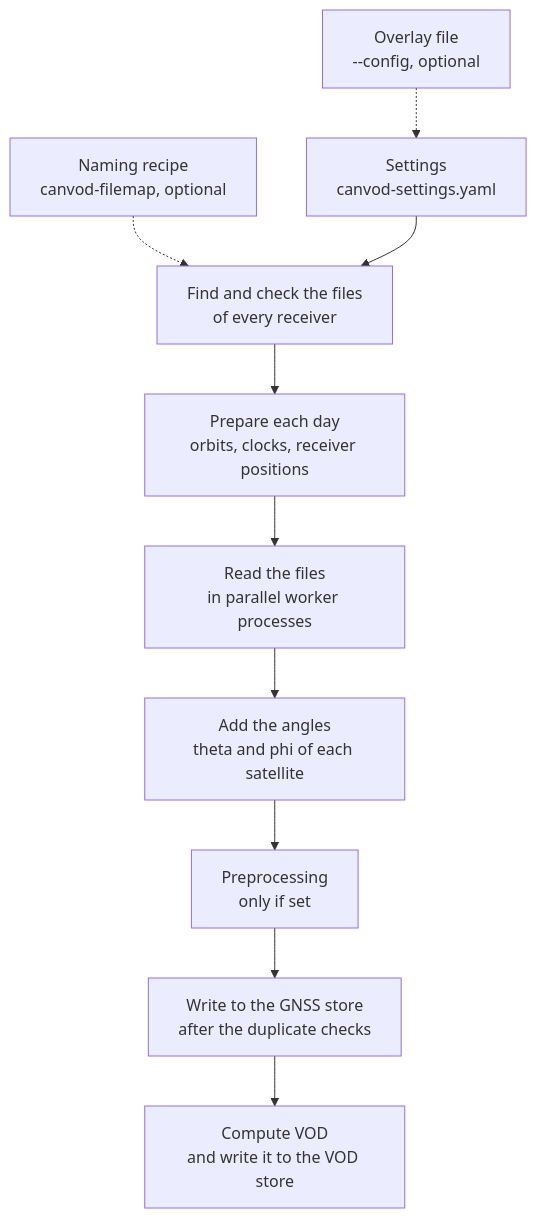
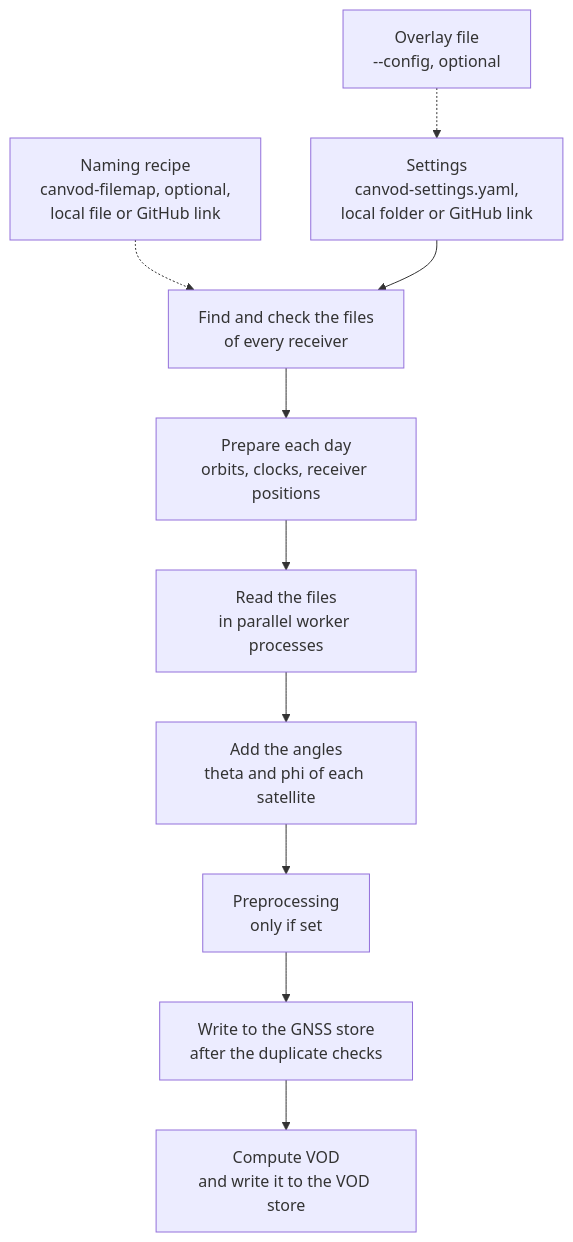
The second of 2 diagrams in docs/architecture.md (TUW-GEO/canvodpy), drawn with Mermaid before and after one commit. The commit also changed 31 other files, not shown here.

First line of the commit message:
feat(config)!: fetch settings and recipes from a link in every run, record no URL

````diff
--- a/docs/architecture.md
+++ b/docs/architecture.md
@@ -116,13 +116,13 @@
 ```mermaid
 flowchart TD
     OVERLAY["Overlay file<br/>--config, optional"] -.-> SETTINGS
-    RECIPE["Naming recipe<br/>canvod-filemap, optional"] -.-> FIND
-    SETTINGS["Settings<br/>canvod-settings.yaml"] --> FIND
+    RECIPE["Naming recipe<br/>canvod-filemap, optional,<br/>local file or GitHub link"] -.-> FIND
+    SETTINGS["Settings<br/>canvod-settings.yaml,<br/>local folder or GitHub link"] --> FIND
     FIND["Find and check the files<br/>of every receiver"] --> PREP
     PREP["Prepare each day<br/>orbits, clocks, receiver positions"] --> READ
     READ["Read the files<br/>in parallel worker processes"] --> ANGLES
     ANGLES["Add the angles<br/>theta and phi of each satellite"] --> PRE
     PRE["Preprocessing<br/>only if set"] --> WRITE
     WRITE["Write to the GNSS store<br/>after the duplicate checks"] --> VODSTEP
     VODSTEP["Compute VOD<br/>and write it to the VOD store"]
 ```
````
